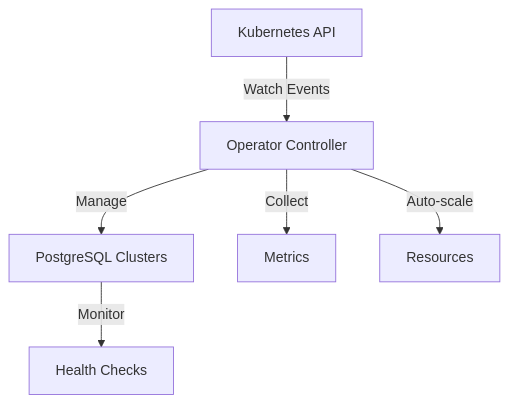
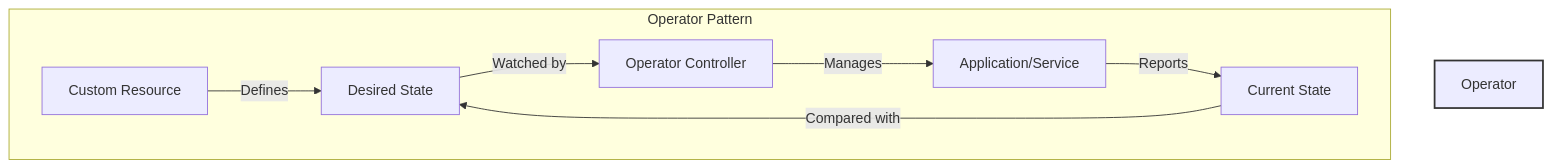
One commit to Naem-ali/kubernetes_operators changed the diagram in README.md. Above: the diagram before and after it, drawn with Mermaid. The commit also changed other lines of this file, not shown here.

Commit message:
kubernetes operators docs

````diff
--- a/README.md
+++ b/README.md
@@ -102,8 +20,12 @@
 ```mermaid
 graph TD
-    A[Kubernetes API] -->|Watch Events| B[Operator Controller]
-    B -->|Manage| C[PostgreSQL Clusters]
-    B -->|Collect| D[Metrics]
-    B -->|Auto-scale| E[Resources]
-    C -->|Monitor| F[Health Checks]
+    subgraph "Operator Pattern"
+        A[Custom Resource] -->|Defines| B[Desired State]
+        B -->|Watched by| C[Operator Controller]
+        C -->|Manages| D[Application/Service]
+        D -->|Reports| E[Current State]
+        E -->|Compared with| B
+    end
+
+    style Operator Pattern fill:#f5f5f5,stroke:#333,stroke-width:2px
 ```
````
